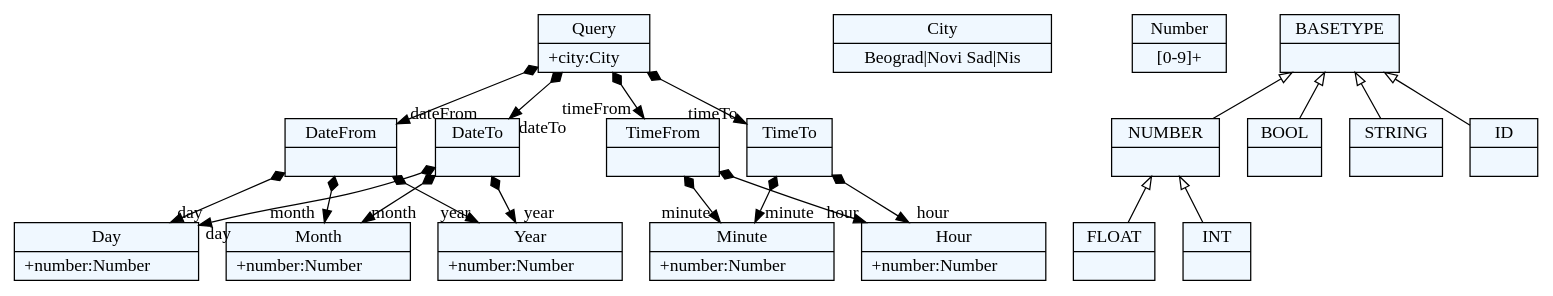
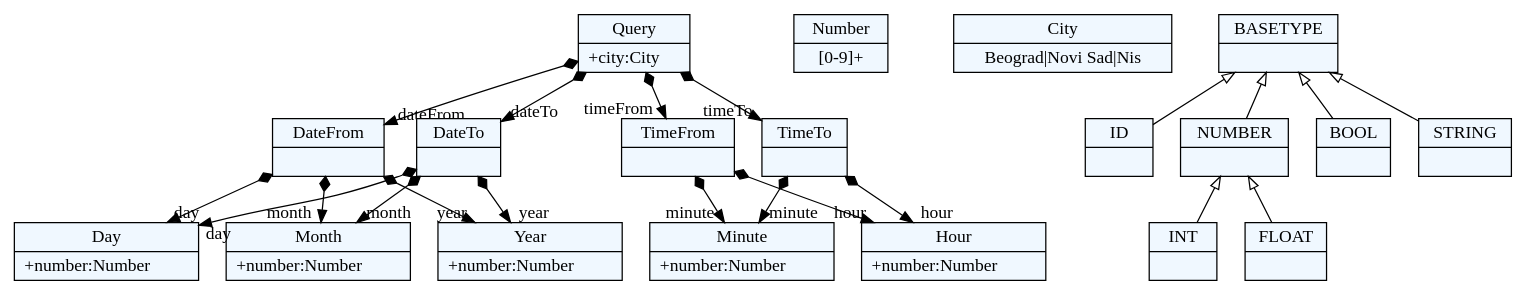
Before and after one commit to ftnE2-tim1-2016-17/jsd: the diagram in textXGrammar/grammar.dot, drawn with Graphviz. The commit also changed 8 other files, not shown here.

```diff
--- a/textXGrammar/grammar.dot
+++ b/textXGrammar/grammar.dot
@@ -1,73 +1,73 @@
 
     digraph xtext {
     fontname = "Bitstream Vera Sans"
     fontsize = 8
     node[
         shape=record,
         style=filled,
         fillcolor=aliceblue
     ]
     nodesep = 0.3
     edge[dir=black,arrowtail=empty]
 
 
-62285616 -> 62286512[arrowtail=diamond, dir=both, headlabel="dateFrom "]
-62285616 -> 62432176[arrowtail=diamond, dir=both, headlabel="timeFrom "]
-62285616 -> 62433520[arrowtail=diamond, dir=both, headlabel="dateTo "]
-62285616 -> 62433968[arrowtail=diamond, dir=both, headlabel="timeTo "]
-62285616[ label="{Query|+city:City\l}"]
+56448816 -> 56449712[arrowtail=diamond, dir=both, headlabel="dateFrom "]
+56448816 -> 56595376[arrowtail=diamond, dir=both, headlabel="timeFrom "]
+56448816 -> 56596720[arrowtail=diamond, dir=both, headlabel="dateTo "]
+56448816 -> 56597168[arrowtail=diamond, dir=both, headlabel="timeTo "]
+56448816[ label="{Query|+city:City\l}"]
 
-62286064[ label="{City|Beograd\|Novi Sad\|Nis}"]
+56450160[ label="{Day|+number:Number\l}"]
 
-62286960[ label="{Day|+number:Number\l}"]
+56594928[ label="{Number|[0-9]+}"]
 
-62433520 -> 62286960[arrowtail=diamond, dir=both, headlabel="day "]
-62433520 -> 62287408[arrowtail=diamond, dir=both, headlabel="month "]
-62433520 -> 62431280[arrowtail=diamond, dir=both, headlabel="year "]
-62433520[ label="{DateTo|}"]
+56595376 -> 56595824[arrowtail=diamond, dir=both, headlabel="hour "]
+56595376 -> 56596272[arrowtail=diamond, dir=both, headlabel="minute "]
+56595376[ label="{TimeFrom|}"]
 
-62286512 -> 62286960[arrowtail=diamond, dir=both, headlabel="day "]
-62286512 -> 62287408[arrowtail=diamond, dir=both, headlabel="month "]
-62286512 -> 62431280[arrowtail=diamond, dir=both, headlabel="year "]
-62286512[ label="{DateFrom|}"]
+56450608[ label="{Month|+number:Number\l}"]
 
-62432624[ label="{Hour|+number:Number\l}"]
+56597168 -> 56595824[arrowtail=diamond, dir=both, headlabel="hour "]
+56597168 -> 56596272[arrowtail=diamond, dir=both, headlabel="minute "]
+56597168[ label="{TimeTo|}"]
 
-62287408[ label="{Month|+number:Number\l}"]
+56449712 -> 56450160[arrowtail=diamond, dir=both, headlabel="day "]
+56449712 -> 56450608[arrowtail=diamond, dir=both, headlabel="month "]
+56449712 -> 56594480[arrowtail=diamond, dir=both, headlabel="year "]
+56449712[ label="{DateFrom|}"]
 
-62431728[ label="{Number|[0-9]+}"]
+56596720 -> 56450160[arrowtail=diamond, dir=both, headlabel="day "]
+56596720 -> 56450608[arrowtail=diamond, dir=both, headlabel="month "]
+56596720 -> 56594480[arrowtail=diamond, dir=both, headlabel="year "]
+56596720[ label="{DateTo|}"]
 
-62431280[ label="{Year|+number:Number\l}"]
+56595824[ label="{Hour|+number:Number\l}"]
 
-62433072[ label="{Minute|+number:Number\l}"]
+56594480[ label="{Year|+number:Number\l}"]
 
-62433968 -> 62432624[arrowtail=diamond, dir=both, headlabel="hour "]
-62433968 -> 62433072[arrowtail=diamond, dir=both, headlabel="minute "]
-62433968[ label="{TimeTo|}"]
+56596272[ label="{Minute|+number:Number\l}"]
 
-62432176 -> 62432624[arrowtail=diamond, dir=both, headlabel="hour "]
-62432176 -> 62433072[arrowtail=diamond, dir=both, headlabel="minute "]
-62432176[ label="{TimeFrom|}"]
+56449264[ label="{City|Beograd\|Novi Sad\|Nis}"]
 
-62284272[ label="{NUMBER|}"]
-62284272 -> 62283824 [dir=back]
-62284272 -> 62271024 [dir=back]
+56438320[ label="{INT|}"]
 
-62270576[ label="{BOOL|}"]
+56436976[ label="{ID|}"]
 
-62271024[ label="{INT|}"]
+56447920[ label="{BASETYPE|}"]
+56447920 -> 56447472 [dir=back]
+56447920 -> 56437872 [dir=back]
+56447920 -> 56436976 [dir=back]
+56447920 -> 56437424 [dir=back]
 
-62270128[ label="{STRING|}"]
+56437424[ label="{STRING|}"]
 
-62284720[ label="{BASETYPE|}"]
-62284720 -> 62284272 [dir=back]
-62284720 -> 62270576 [dir=back]
-62284720 -> 62269680 [dir=back]
-62284720 -> 62270128 [dir=back]
+56447472[ label="{NUMBER|}"]
+56447472 -> 56447024 [dir=back]
+56447472 -> 56438320 [dir=back]
 
-62283824[ label="{FLOAT|}"]
+56437872[ label="{BOOL|}"]
 
-62269680[ label="{ID|}"]
+56447024[ label="{FLOAT|}"]
 
 
 }
```
